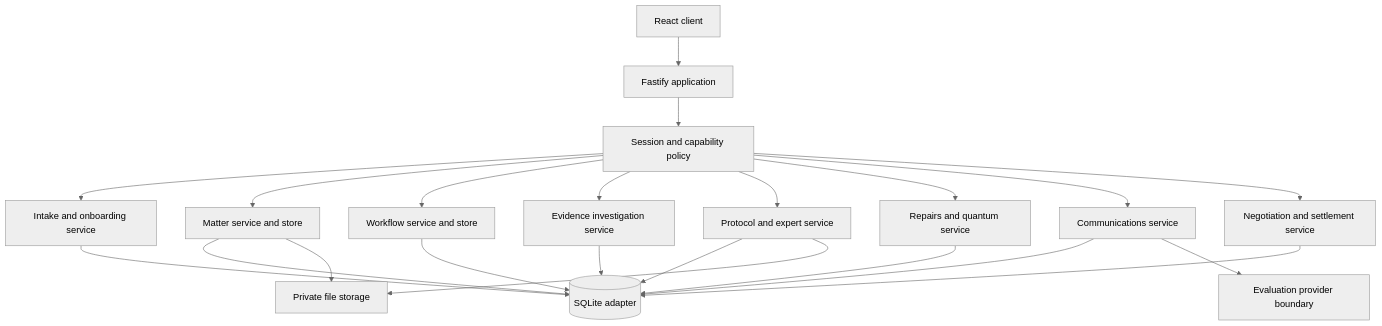
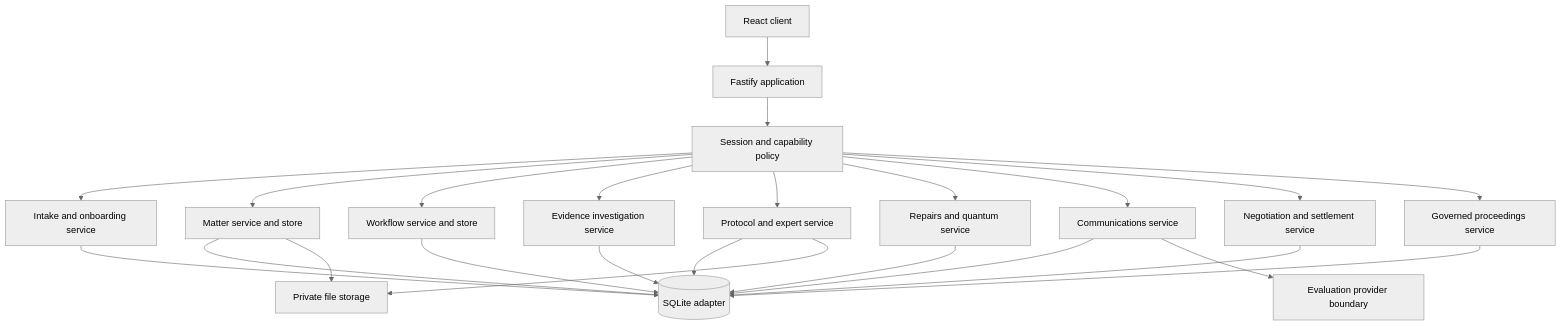
One commit to Ments123/SwiftClaim changed the diagram in README.md. Above: the diagram before and after it, drawn with Mermaid (neutral theme). The commit also changed other lines of this file and 33 other files, not shown here.

First line of the commit message:
Add governed Proceedings workspace (#6)

````diff
--- a/README.md
+++ b/README.md
@@ -220,24 +236,26 @@
 ```mermaid
 flowchart TD
   Browser[React client] --> API[Fastify application]
   API --> Policy[Session and capability policy]
   Policy --> Intake["Intake and onboarding service"]
   Policy --> Matter["Matter service and store"]
   Policy --> Workflow["Workflow service and store"]
   Policy --> Evidence["Evidence investigation service"]
   Policy --> Protocol["Protocol and expert service"]
   Policy --> Quantum["Repairs and quantum service"]
   Policy --> Communications["Communications service"]
   Policy --> Negotiation["Negotiation and settlement service"]
+  Policy --> Proceedings["Governed proceedings service"]
   Intake --> DB[(SQLite adapter)]
   Matter --> DB[(SQLite adapter)]
   Workflow --> DB
   Evidence --> DB
   Protocol --> DB
   Quantum --> DB
   Communications --> DB
   Negotiation --> DB
+  Proceedings --> DB
   Communications --> Provider["Evaluation provider boundary"]
   Protocol --> Files
   Matter --> Files[Private file storage]
 ```
````
